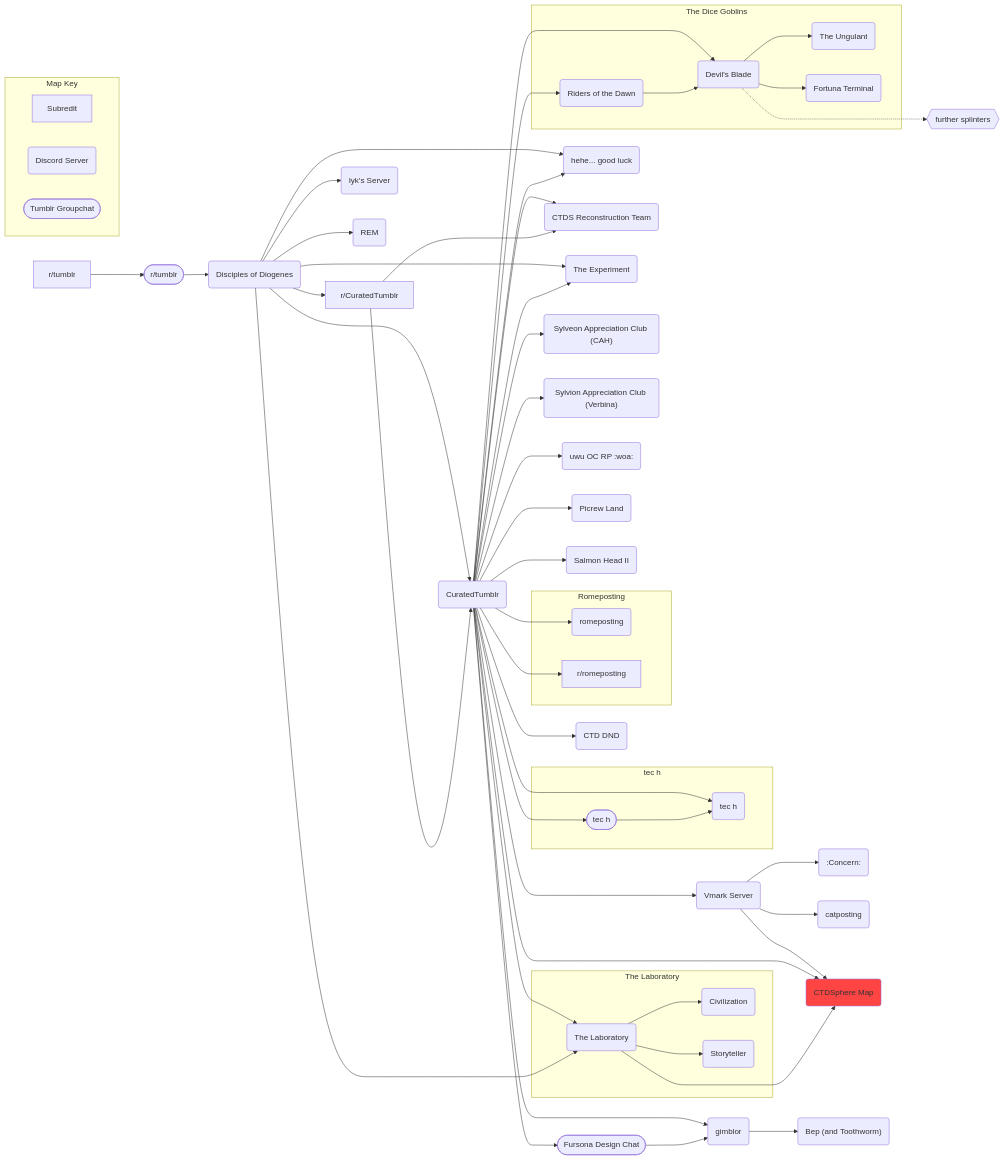
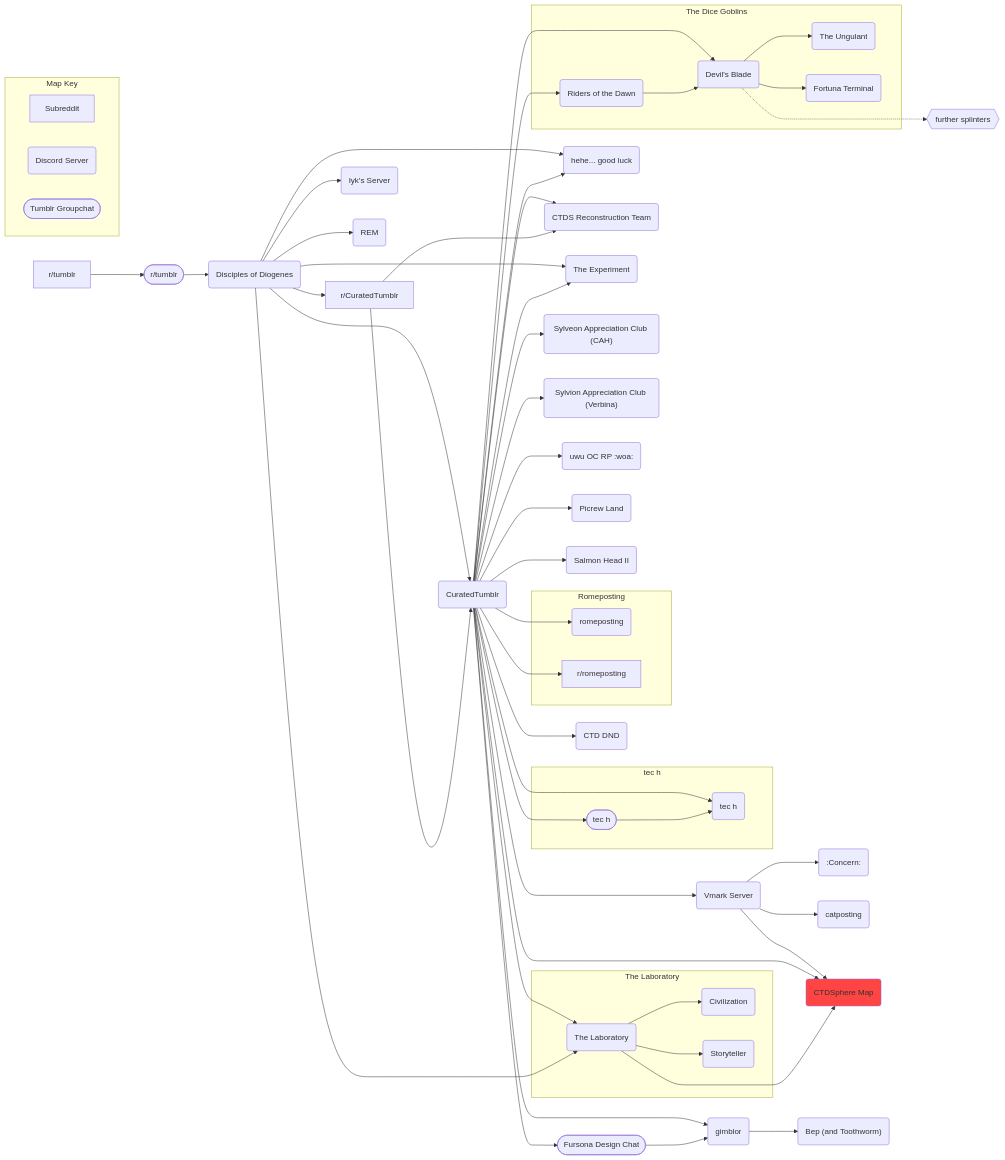
One commit to AnGenericAccount/CTDSphere-Map changed the diagram in Map.md. Above: the diagram before and after it, drawn with Mermaid.

````diff
--- a/Map.md
+++ b/Map.md
@@ -1,64 +1,64 @@
 ```mermaid
 flowchart LR
     tumblr[r/tumblr] --> groupchat([r/tumblr])
     groupchat --> DoD(Disciples of Diogenes)
     DoD --> subreddit[r/CuratedTumblr]
     DoD --> CTDS(CuratedTumblr)
     subreddit --> CTDS
     DoD --> Iyk(Iyk's Server)
     DoD --> REM(REM)
     DoD --> luck(hehe... good luck)
     CTDS --> luck
     CTDS --> reconstruction(CTDS Reconstruction Team)
     subreddit --> reconstruction
     CTDS --> lab(The Laboratory)
     DoD --> lab
     subgraph Laboratory [The Laboratory]
         lab --> Civilization(Civilization)
         lab --> Storyteller(Storyteller)
     end
     DoD --> Experiment(The Experiment)
     CTDS --> Experiment
     CTDS --> CAH("Sylveon Appreciation Club (CAH)")
     CTDS --> Verbina("Sylvion Appreciation Club (Verbina)")
     CTDS --> tech(tec h)
     CTDS --> techchat([tec h])
     subgraph tec[tec h]
         techchat --> tech
     end
     CTDS --> RP(uwu OC RP :woa:)
     CTDS --> picrew(Picrew Land)
     CTDS --> salmon(Salmon Head II)
     CTDS --> Vmark(Vmark Server)
     Vmark --> concern(:Concern:)
     Vmark --> catposting(catposting)
     Vmark --> sphere("CTDSphere Map")
     style sphere fill:#f44
     CTDS --> sphere
     lab ---> sphere
     CTDS --> gimblor(gimblor)
     CTDS --> fursona([Fursona Design Chat])
     fursona --> gimblor
     gimblor --> bep("Bep (and Toothworm)")
     subgraph Romeposting
         rome(romeposting)
         romesub[r/romeposting]
     end
     CTDS --> rome
     CTDS --> romesub
     CTDS --> DND(CTD DND)
     CTDS --> dawn(Riders of the Dawn)
     CTDS --> blade(Devil's Blade)
     subgraph riders[The Dice Goblins]
         dawn --> blade
         blade --> ungulant(The Ungulant)
         blade --> terminal(Fortuna Terminal)   
     end
     blade -..-> further{{further splinters}}
     subgraph Key [Map Key]
         direction LR
-        sub[Subredit]
+        sub[Subreddit]
         discord(Discord Server)
         chat([Tumblr Groupchat])
     end
 ```
````
